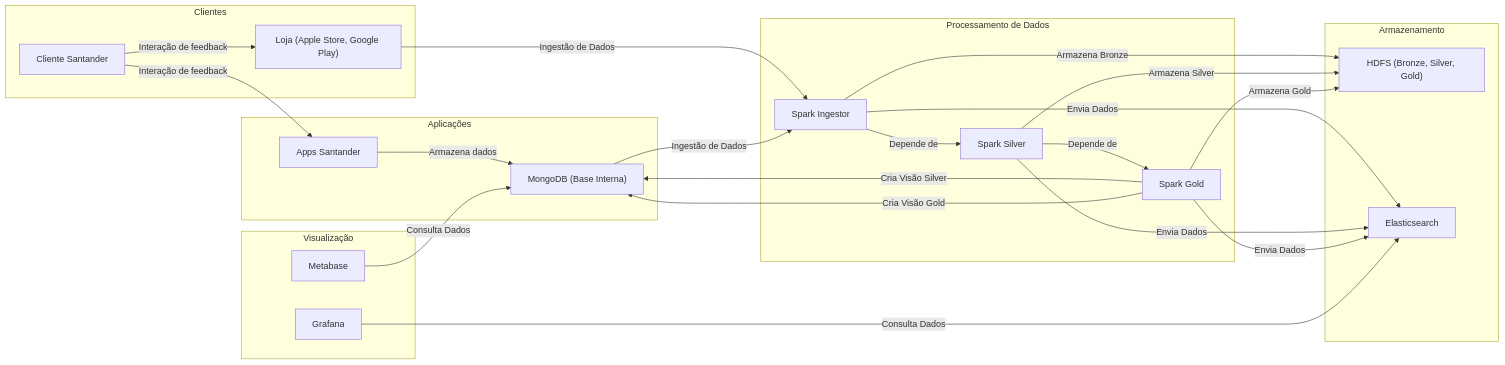
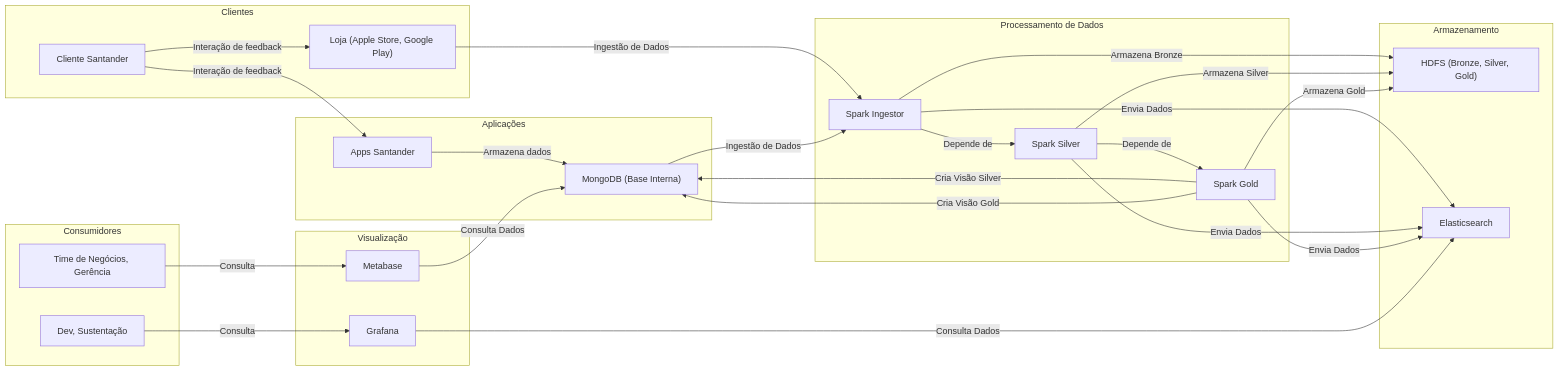
The diagram in README.md (gacarvalho/compass-deployment), drawn with Mermaid before and after one commit.

````diff
--- a/README.md
+++ b/README.md
@@ -64,52 +64,62 @@
 ```mermaid
 graph LR;
     
     subgraph Clientes
         A["Cliente Santander"] 
         D["Loja (Apple Store, Google Play)"]
     end
 
     subgraph Aplicações
         B["Apps Santander"]
         C["MongoDB (Base Interna)"]
     end
 
     subgraph Processamento de Dados
         E["Spark Ingestor"]
         G["Spark Silver"]
         H["Spark Gold"]
     end
 
     subgraph Armazenamento
         F["HDFS (Bronze, Silver, Gold)"]
         J["Elasticsearch"]
     end
 
     subgraph Visualização
         I["Metabase"]
         K["Grafana"]
     end
 
+    subgraph Consumidores
+        L["Time de Negócios, Gerência"]
+        M["Dev, Sustentação"]
+    end
+
     %% Fluxo de Dados
     A -->|Interação de feedback| B
     A -->|Interação de feedback| D
     B -->|Armazena dados| C
     D -->|Ingestão de Dados| E
     C -->|Ingestão de Dados| E
     E -->|Armazena Bronze| F
     E -->|Depende de| G
     E -->|Envia Dados| J
 
     G -->|Armazena Silver| F
     G -->|Depende de| H
     G -->|Envia Dados| J
 
     H -->|Armazena Gold| F
     H -->|Cria Visão Silver| C
     H -->|Cria Visão Gold| C
     H -->|Envia Dados| J
 
     I -->|Consulta Dados| C
     K -->|Consulta Dados| J
 
+    L -->|Consulta| I
+    M -->|Consulta| K
+
+
+
 ```
````
